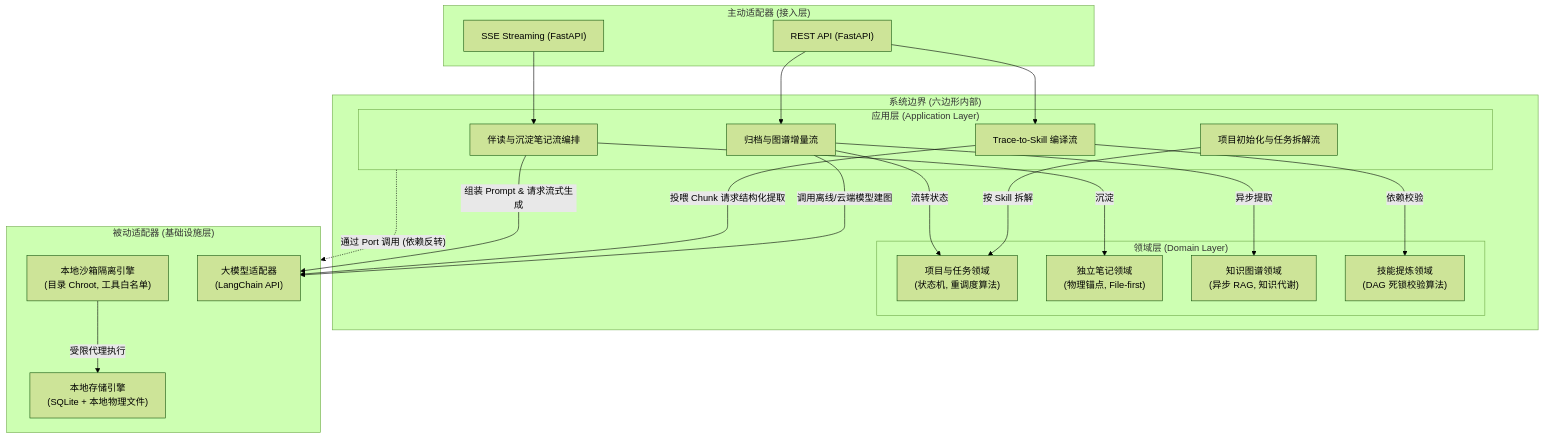
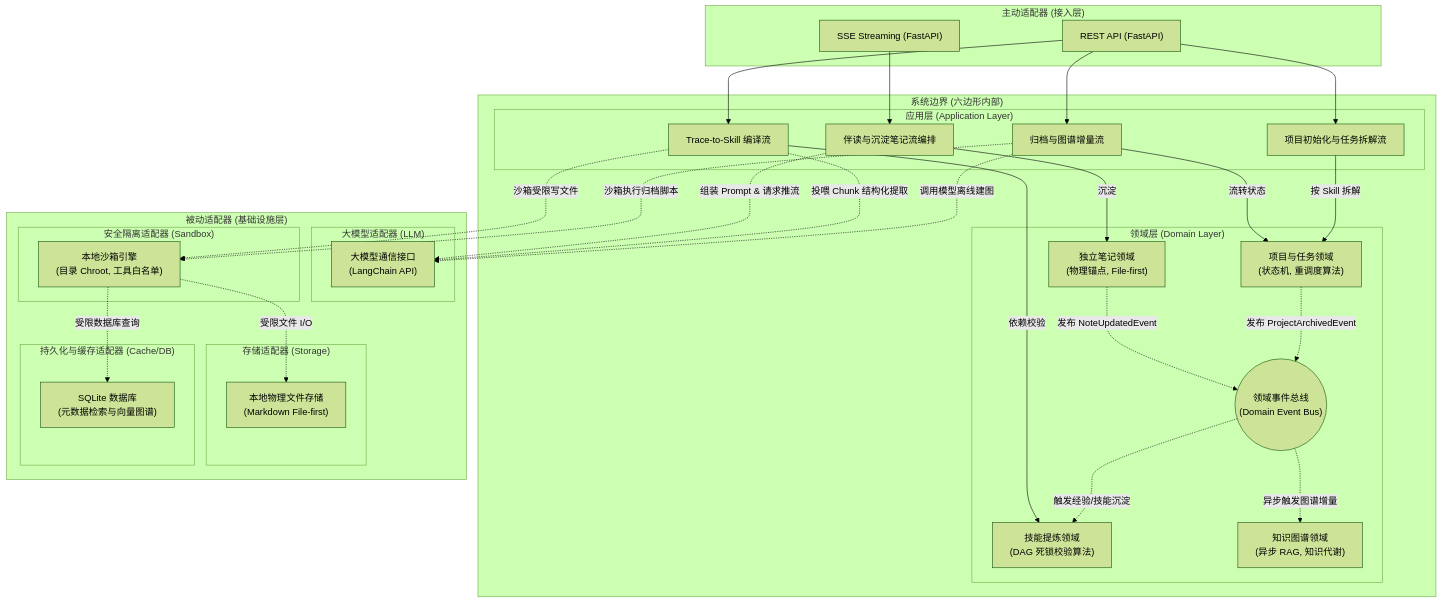
One commit to shanglihong/i-have-a-plan changed the first of 3 diagrams in docs/06_system_architecture/backend_design_spec_v1.0.md. Above: the diagram before and after it, drawn with Mermaid (forest theme). The commit also changed other lines of this file, not shown here.

Commit message:
docs: update backend design specification to v1.0 architecture standards

````diff
--- a/docs/06_system_architecture/backend_design_spec_v1.0.md
+++ b/docs/06_system_architecture/backend_design_spec_v1.0.md
@@ -63,49 +42,70 @@
 ```mermaid
 graph TD
     subgraph DrivingAdapters ["主动适配器 (接入层)"]
         REST["REST API (FastAPI)"]
         SSE["SSE Streaming (FastAPI)"]
     end
 
     subgraph Hexagon ["系统边界 (六边形内部)"]
         subgraph AppLayer ["应用层 (Application Layer)"]
             UC1["伴读与沉淀笔记流编排"]
             UC2["Trace-to-Skill 编译流"]
             UC3["归档与图谱增量流"]
             UC4["项目初始化与任务拆解流"]
         end
 
         subgraph DomainLayer ["领域层 (Domain Layer)"]
+            NTD["独立笔记领域<br>(物理锚点, File-first)"]
+            SCS["技能提炼领域<br>(DAG 死锁校验算法)"]
             PTO["项目与任务领域<br>(状态机, 重调度算法)"]
-            NTD["独立笔记领域<br>(物理锚点, File-first)"]
             GPH["知识图谱领域<br>(异步 RAG, 知识代谢)"]
-            SCS["技能提炼领域<br>(DAG 死锁校验算法)"]
+            
+            EventBus(("领域事件总线<br>(Domain Event Bus)"))
         end
         
-        UC1 -->|沉淀| NTD
-        UC2 -->|依赖校验| SCS
-        UC3 -->|流转状态| PTO
-        UC3 -->|异步提取| GPH
-        UC4 -->|按 Skill 拆解| PTO
+        %% 应用层调用领域层
+        UC1 -->|"沉淀"| NTD
+        UC2 -->|"依赖校验"| SCS
+        UC3 -->|"流转状态"| PTO
+        UC4 -->|"按 Skill 拆解"| PTO
+        
+        %% 领域事件流转
+        NTD -.->|"发布 NoteUpdatedEvent"| EventBus
+        PTO -.->|"发布 ProjectArchivedEvent"| EventBus
+        EventBus -.->|"异步触发图谱增量"| GPH
+        EventBus -.->|"触发经验/技能沉淀"| SCS
     end
 
     subgraph DrivenAdapters ["被动适配器 (基础设施层)"]
-        Sandbox["本地沙箱隔离引擎<br>(目录 Chroot, 工具白名单)"]
-        DB["本地存储引擎<br>(SQLite + 本地物理文件)"]
-        LLM["大模型适配器<br>(LangChain API)"]
+        subgraph AIAdapter ["大模型适配器 (LLM)"]
+            LLM["大模型通信接口<br>(LangChain API)"]
+        end
+        subgraph SandboxAdapter ["安全隔离适配器 (Sandbox)"]
+            Sandbox["本地沙箱引擎<br>(目录 Chroot, 工具白名单)"]
+        end
+        subgraph StorageAdapter ["存储适配器 (Storage)"]
+            FileStorage["本地物理文件存储<br>(Markdown File-first)"]
+        end
+        subgraph CacheAdapter ["持久化与缓存适配器 (Cache/DB)"]
+            SQLiteDB["SQLite 数据库<br>(元数据检索与向量图谱)"]
+        end
     end
 
-    %% 驱动流
+    %% 驱动流 (主动适配器 -> 应用层)
     REST --> UC2
     REST --> UC3
+    REST --> UC4
     SSE --> UC1
     
-    %% 依赖反转 (运行时通过接口调用)
-    AppLayer -.->|"通过 Port 调用 (依赖反转)"| DrivenAdapters
+    %% 核心执行层交互 (应用层 -> 被动适配器，依赖反转)
+    UC1 -.->|"组装 Prompt & 请求推流"| LLM
+    UC2 -.->|"投喂 Chunk 结构化提取"| LLM
+    UC3 -.->|"调用模型离线建图"| LLM
     
-    %% 核心执行层交互 (大模型与沙箱调用)
-    UC1 -->|组装 Prompt & 请求流式生成| LLM
-    UC2 -->|投喂 Chunk 请求结构化提取| LLM
-    UC3 -->|调用离线/云端模型建图| LLM
-    Sandbox -->|受限代理执行| DB
+    UC2 -.->|"沙箱受限写文件"| Sandbox
+    UC3 -.->|"沙箱执行归档脚本"| Sandbox
+    
+    %% 沙箱底层 I/O
+    Sandbox -.->|"受限文件 I/O"| FileStorage
+    Sandbox -.->|"受限数据库查询"| SQLiteDB
 ```
````
